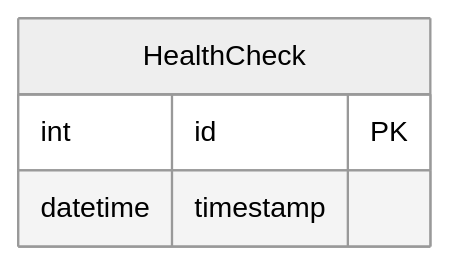
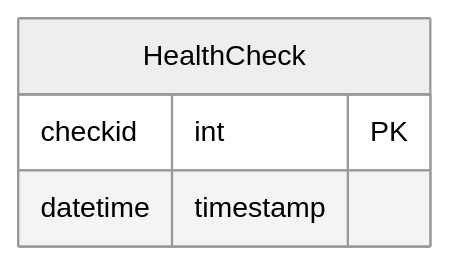
Before and after one commit to Lakshman-Projects/webapp: the diagram in README.md, drawn with Mermaid (neutral theme). The commit also changed other lines of this file and 1 other file, not shown here.

````diff
--- a/README.md
+++ b/README.md
@@ -104,7 +101,7 @@
 ```mermaid
 erDiagram
     HealthCheck {
-        int id PK
+        checkid int PK
         datetime timestamp
     }
 ```
````
